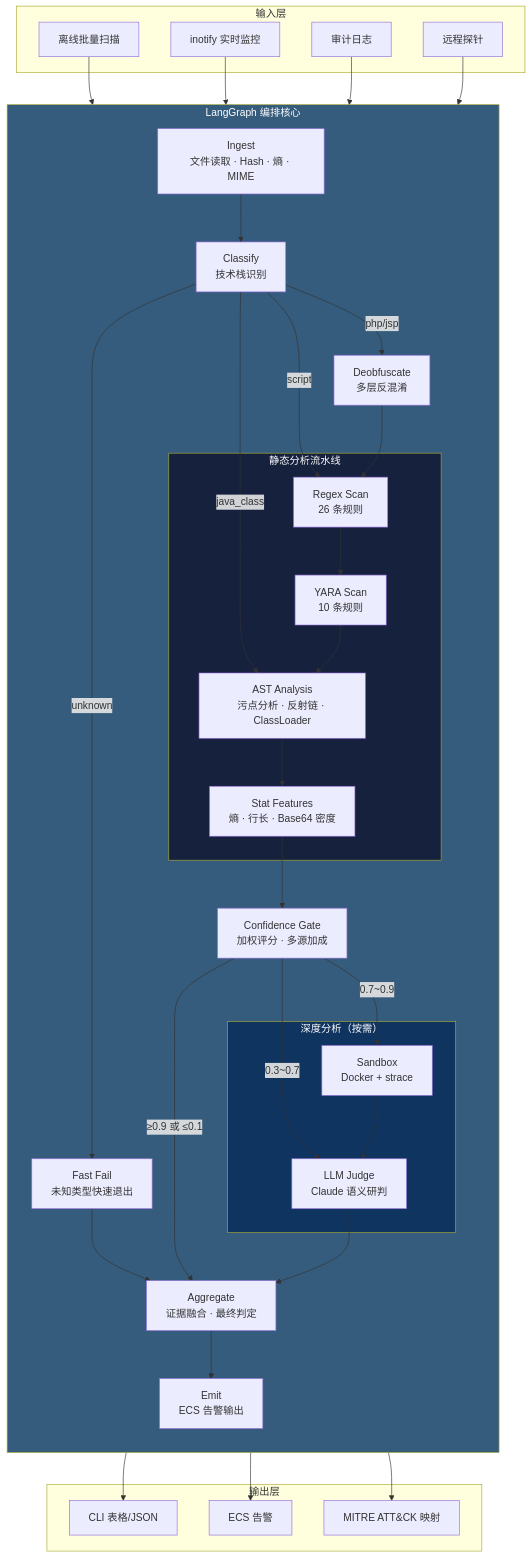
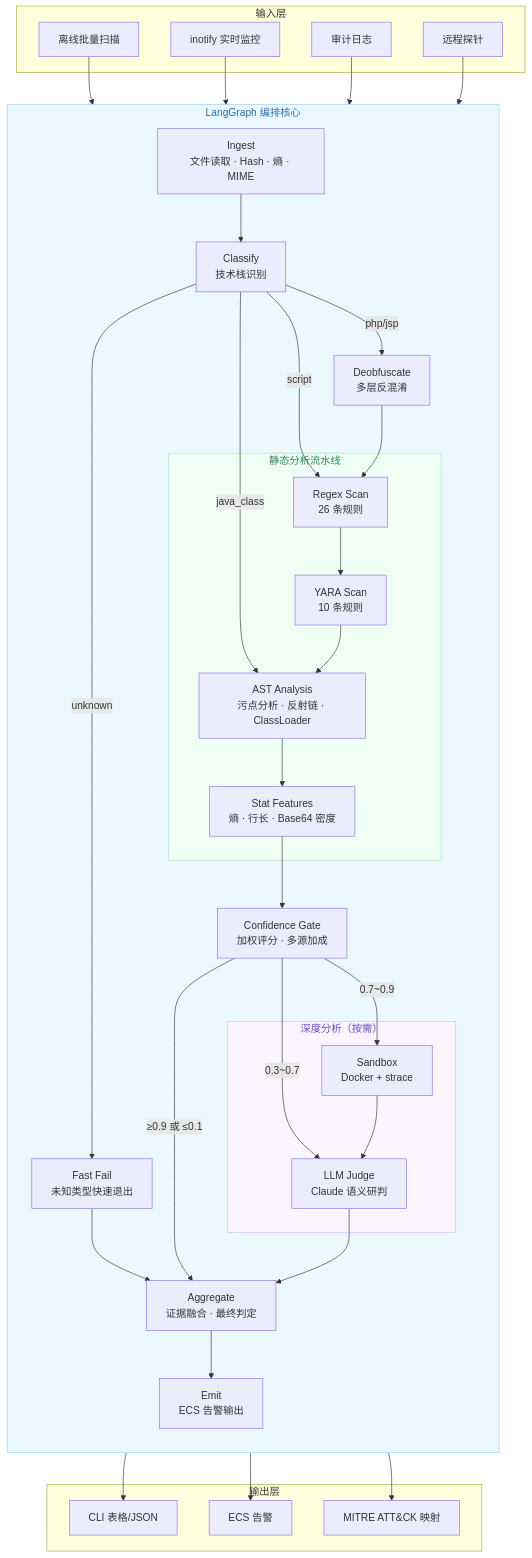
The first of 5 diagrams in README.md (lzy756/webshells-detector), drawn with Mermaid before and after one commit. The commit also changed other lines of this file and 14 other files, not shown here.

````diff
--- a/README.md
+++ b/README.md
@@ -9,60 +9,60 @@
 ```mermaid
 graph TB
     subgraph Input["输入层"]
         A1[离线批量扫描]
         A2[inotify 实时监控]
         A3[审计日志]
         A4[远程探针]
     end
 
     subgraph Core["LangGraph 编排核心"]
         direction TB
         B1[Ingest<br/>文件读取 · Hash · 熵 · MIME]
         B2[Classify<br/>技术栈识别]
         B3[Deobfuscate<br/>多层反混淆]
         B4[Fast Fail<br/>未知类型快速退出]
 
         subgraph Static["静态分析流水线"]
             C1[Regex Scan<br/>26 条规则]
             C2[YARA Scan<br/>10 条规则]
             C3[AST Analysis<br/>污点分析 · 反射链 · ClassLoader]
             C4[Stat Features<br/>熵 · 行长 · Base64 密度]
         end
 
         D1[Confidence Gate<br/>加权评分 · 多源加成]
 
         subgraph Deep["深度分析（按需）"]
             E1[LLM Judge<br/>Claude 语义研判]
             E2[Sandbox<br/>Docker + strace]
         end
 
         F1[Aggregate<br/>证据融合 · 最终判定]
         F2[Emit<br/>ECS 告警输出]
     end
 
     subgraph Output["输出层"]
         G1[CLI 表格/JSON]
         G2[ECS 告警]
         G3[MITRE ATT&CK 映射]
     end
 
     A1 & A2 & A3 & A4 --> B1
     B1 --> B2
     B2 -->|php/jsp| B3
     B2 -->|java_class| C3
     B2 -->|script| C1
     B2 -->|unknown| B4
     B3 --> C1 --> C2 --> C3
     C3 --> C4 --> D1
     B4 --> F1
     D1 -->|"≥0.9 或 ≤0.1"| F1
     D1 -->|"0.3~0.7"| E1
     D1 -->|"0.7~0.9"| E2
     E2 --> E1 --> F1
     F1 --> F2
     F2 --> G1 & G2 & G3
 
-    style Core fill:#355c7d,color:#fff
-    style Static fill:#16213e,color:#fff
-    style Deep fill:#0f3460,color:#fff
+    style Core fill:#ebf8ff,color:#2b6cb0,stroke:#90cdf4
+    style Static fill:#f0fff4,color:#2f855a,stroke:#9ae6b4
+    style Deep fill:#faf5ff,color:#6b46c1,stroke:#d6bcfa
 ```
````
